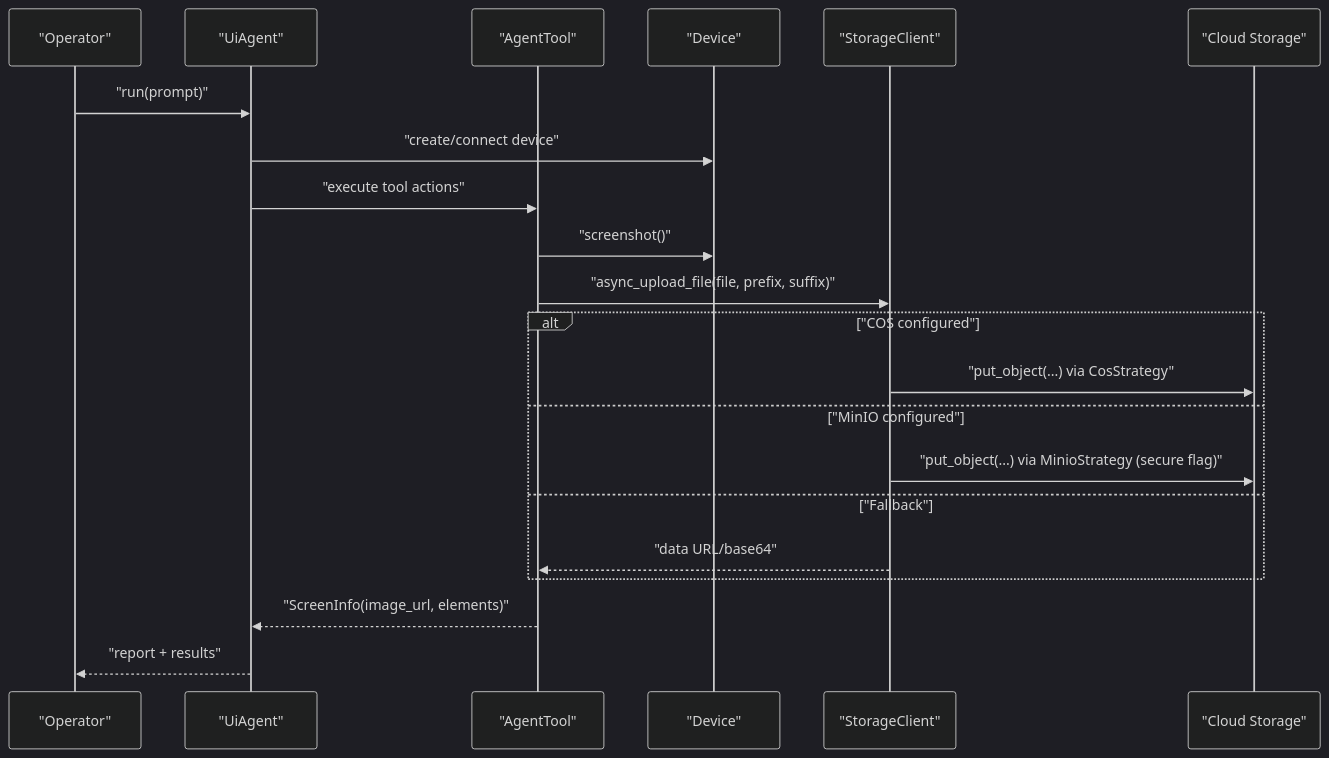
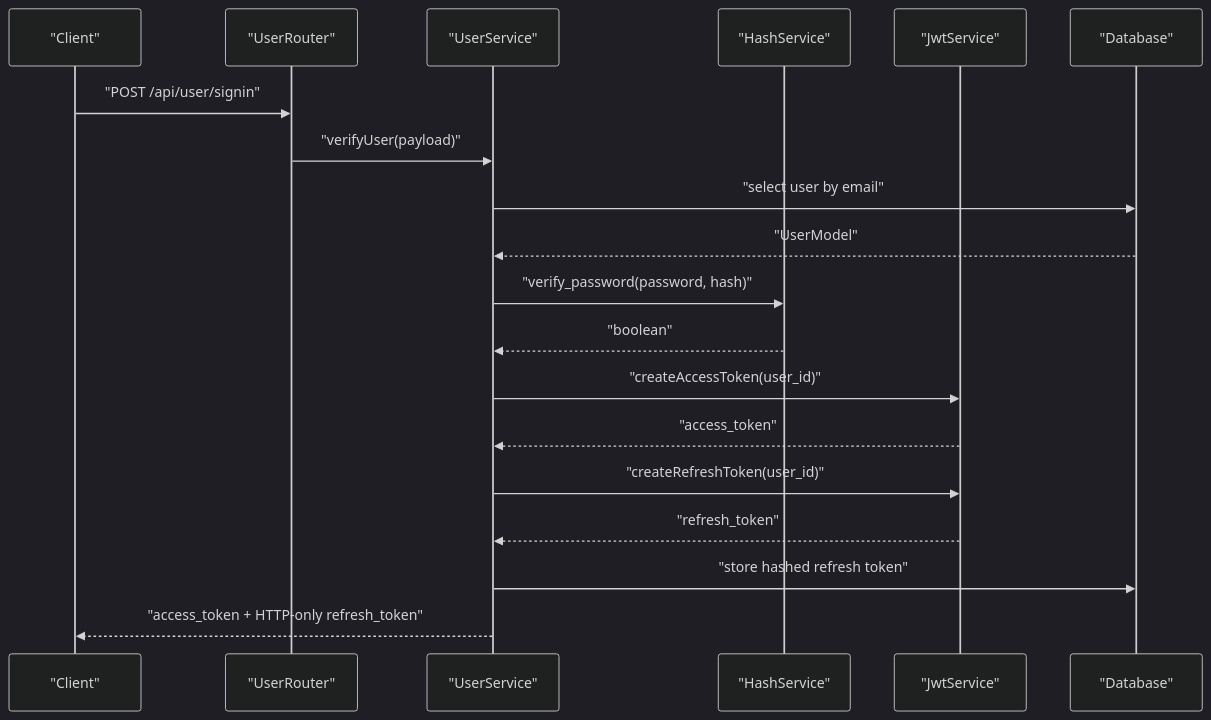
Before and after one commit to srikant-panda/auth-service: the second of 4 diagrams in .qoder/repowiki/en/content/Advanced Topics/Security and Compliance.md, drawn with Mermaid (dark theme). The commit also changed other lines of this file and 9 other files, not shown here.

````diff
--- a/.qoder/repowiki/en/content/Advanced Topics/Security and Compliance.md
+++ b/.qoder/repowiki/en/content/Advanced Topics/Security and Compliance.md
@@ -119,23 +115,21 @@
 ```mermaid
 sequenceDiagram
-participant User as "Operator"
-participant Agent as "UiAgent"
-participant Tool as "AgentTool"
-participant Dev as "Device"
-participant Store as "StorageClient"
-participant Cloud as "Cloud Storage"
-User->>Agent : "run(prompt)"
-Agent->>Dev : "create/connect device"
-Agent->>Tool : "execute tool actions"
-Tool->>Dev : "screenshot()"
-Tool->>Store : "async_upload_file(file, prefix, suffix)"
-alt "COS configured"
-Store->>Cloud : "put_object(...) via CosStrategy"
-else "MinIO configured"
-Store->>Cloud : "put_object(...) via MinioStrategy (secure flag)"
-else "Fallback"
-Store-->>Tool : "data URL/base64"
-end
-Tool-->>Agent : "ScreenInfo(image_url, elements)"
-Agent-->>User : "report + results"
+participant Client as "Client"
+participant Router as "UserRouter"
+participant Service as "UserService"
+participant Hash as "HashService"
+participant JWT as "JwtService"
+participant DB as "Database"
+Client->>Router : "POST /api/user/signin"
+Router->>Service : "verifyUser(payload)"
+Service->>DB : "select user by email"
+DB-->>Service : "UserModel"
+Service->>Hash : "verify_password(password, hash)"
+Hash-->>Service : "boolean"
+Service->>JWT : "createAccessToken(user_id)"
+JWT-->>Service : "access_token"
+Service->>JWT : "createRefreshToken(user_id)"
+JWT-->>Service : "refresh_token"
+Service->>DB : "store hashed refresh token"
+Service-->>Client : "access_token + HTTP-only refresh_token"
 ```
````
